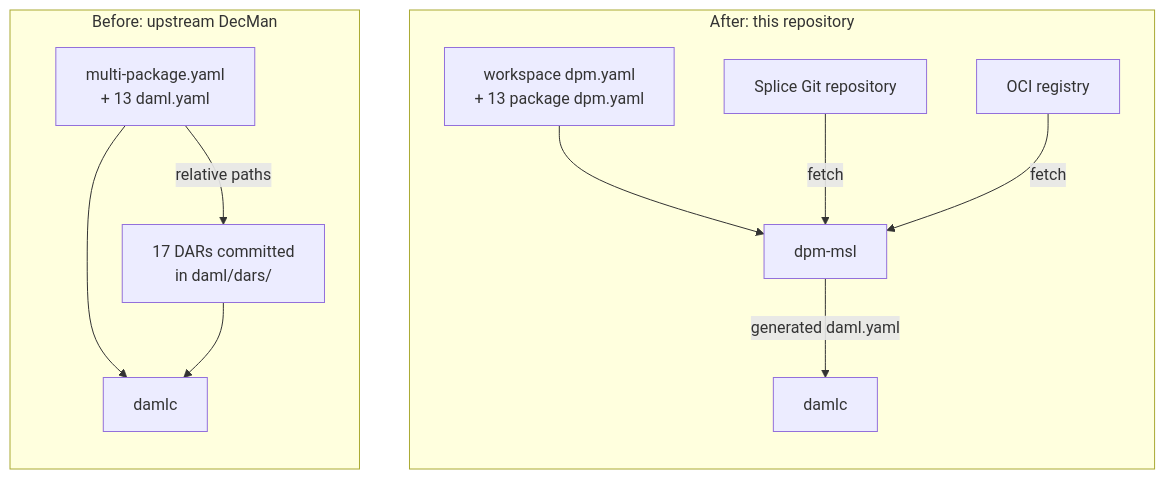
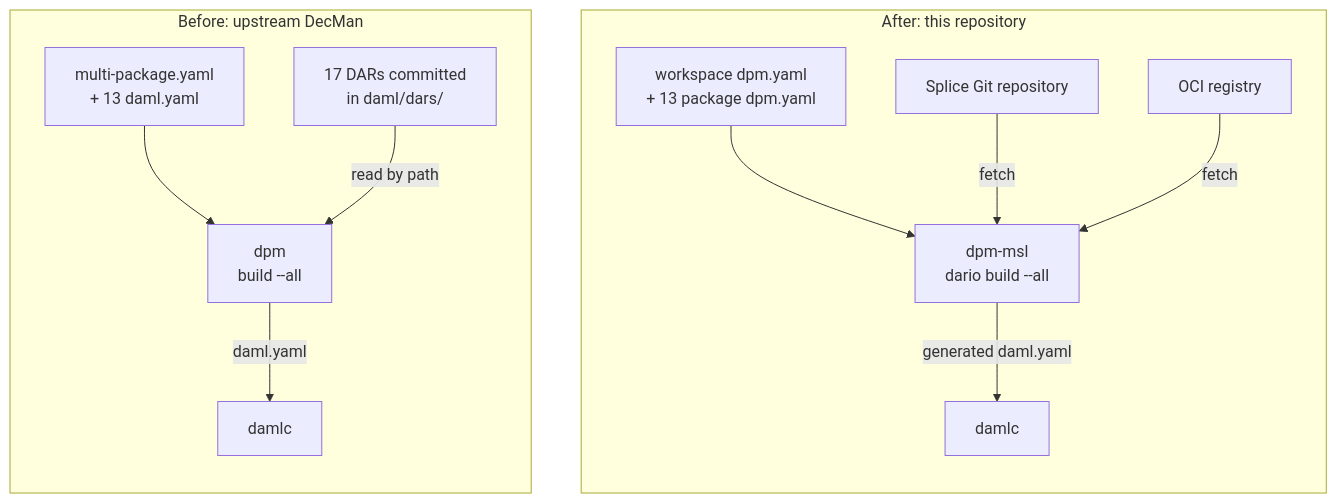
Before and after one commit to Moonsong-Labs/decman: the diagram in DPM_CASE_STUDY.md, drawn with Mermaid.

Commit message:
docs: show dpm in legacy build diagram

````diff
--- a/DPM_CASE_STUDY.md
+++ b/DPM_CASE_STUDY.md
@@ -43,17 +43,17 @@
 ```mermaid
 flowchart LR
   subgraph before["Before: upstream DecMan"]
     direction TB
-    m1["multi-package.yaml<br/>+ 13 daml.yaml"] -->|relative paths| v["17 DARs committed<br/>in daml/dars/"]
-    m1 --> c1["damlc"]
-    v --> c1
+    m1["multi-package.yaml<br/>+ 13 daml.yaml"] --> d1["dpm<br/>build --all"]
+    v["17 DARs committed<br/>in daml/dars/"] -->|read by path| d1
+    d1 -->|daml.yaml| c1["damlc"]
   end
   subgraph after["After: this repository"]
     direction TB
-    m2["workspace dpm.yaml<br/>+ 13 package dpm.yaml"] --> d["dpm-msl"]
-    g["Splice Git repository"] -->|fetch| d
-    o["OCI registry"] -->|fetch| d
-    d -->|generated daml.yaml| c2["damlc"]
+    m2["workspace dpm.yaml<br/>+ 13 package dpm.yaml"] --> d2["dpm-msl<br/>dario build --all"]
+    g["Splice Git repository"] -->|fetch| d2
+    o["OCI registry"] -->|fetch| d2
+    d2 -->|generated daml.yaml| c2["damlc"]
   end
   before ~~~ after
 ```
````
